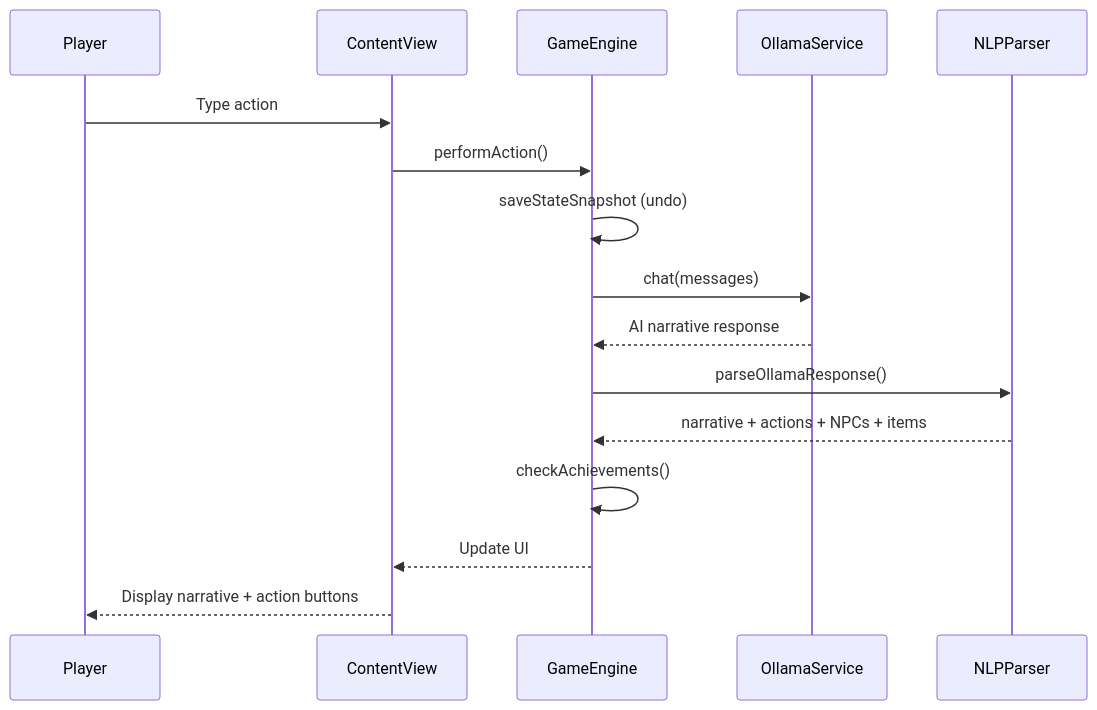
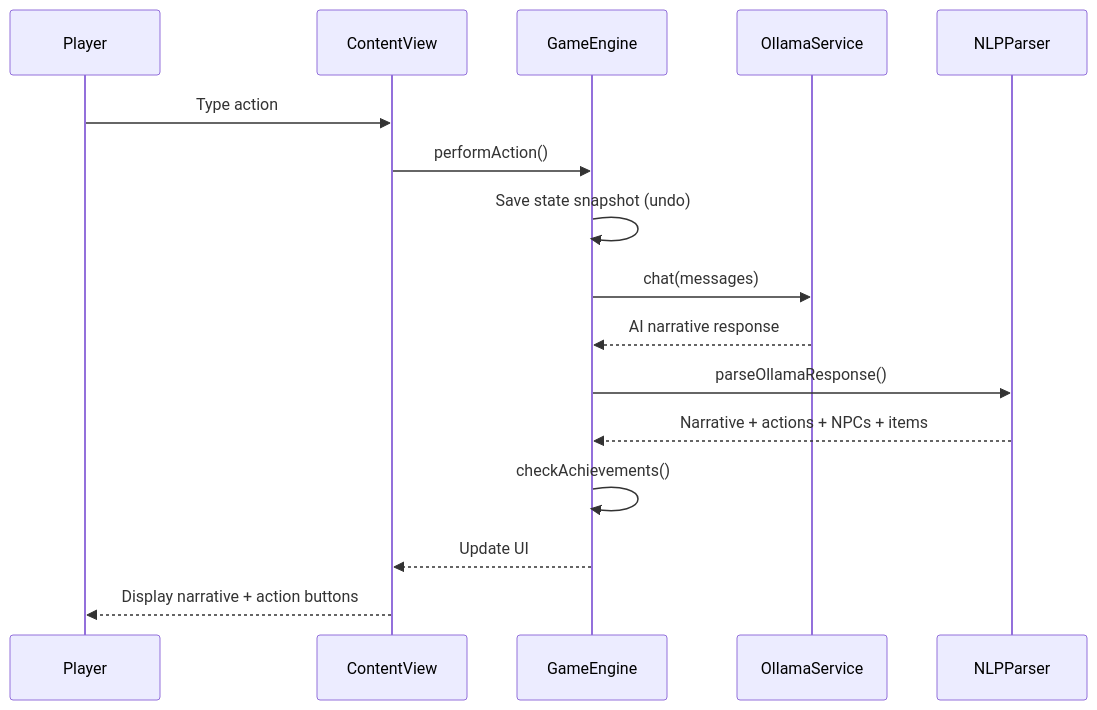
One commit to kochj23/Blompie changed the second of 2 diagrams in README.md. Above: the diagram before and after it, drawn with Mermaid. The commit also changed other lines of this file, not shown here.

Commit message:
docs: Rewrite README with mermaid architecture diagrams

````diff
--- a/README.md
+++ b/README.md
@@ -53,19 +52,19 @@
 ```mermaid
 sequenceDiagram
     participant Player
     participant ContentView
     participant GameEngine
     participant OllamaService
     participant NLPParser
 
     Player->>ContentView: Type action
     ContentView->>GameEngine: performAction()
-    GameEngine->>GameEngine: saveStateSnapshot (undo)
+    GameEngine->>GameEngine: Save state snapshot (undo)
     GameEngine->>OllamaService: chat(messages)
     OllamaService-->>GameEngine: AI narrative response
     GameEngine->>NLPParser: parseOllamaResponse()
-    NLPParser-->>GameEngine: narrative + actions + NPCs + items
+    NLPParser-->>GameEngine: Narrative + actions + NPCs + items
     GameEngine->>GameEngine: checkAchievements()
     GameEngine-->>ContentView: Update UI
     ContentView-->>Player: Display narrative + action buttons
 ```
````
